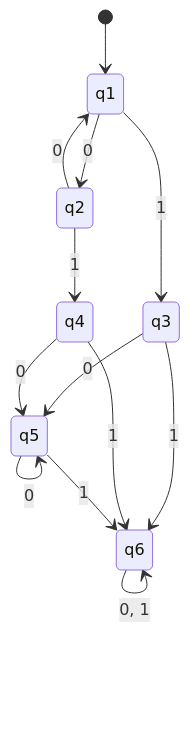
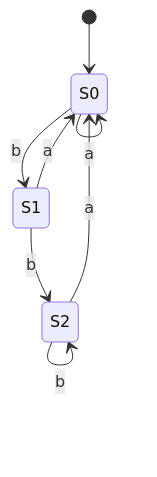
Before and after one commit to lelongc/rac: the fourth of 11 diagrams in iuh/môn/hk1-4/automat/5-6/toi_thieu_hoa_dfa.md, drawn with Mermaid. The commit also changed other lines of this file and 11 other files, not shown here.

````diff
--- a/iuh/môn/hk1-4/automat/5-6/toi_thieu_hoa_dfa.md
+++ b/iuh/môn/hk1-4/automat/5-6/toi_thieu_hoa_dfa.md
@@ -278,15 +366,10 @@
 ```mermaid
 stateDiagram-v2
-    [*] --> q1
-    q1 --> q2: 0
-    q1 --> q3: 1
-    q2 --> q1: 0
-    q2 --> q4: 1
-    q3 --> q5: 0
-    q3 --> q6: 1
-    q4 --> q5: 0
-    q4 --> q6: 1
-    q5 --> q5: 0
-    q5 --> q6: 1
-    q6 --> q6: 0, 1
+    [*] --> S0
+    S0 --> S0: a
+    S0 --> S1: b
+    S1 --> S0: a
+    S1 --> S2: b
+    S2 --> S0: a
+    S2 --> S2: b
 ```
````
